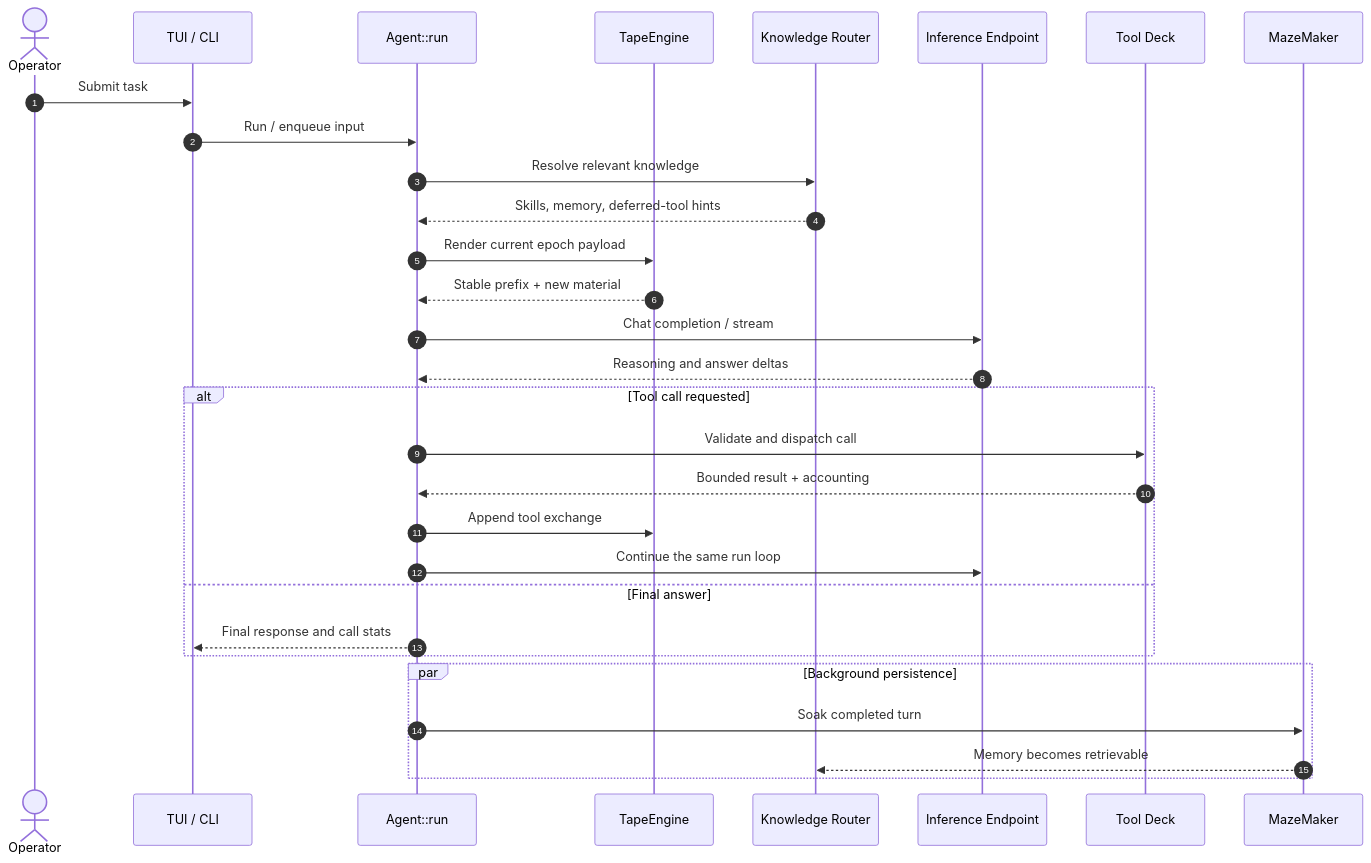
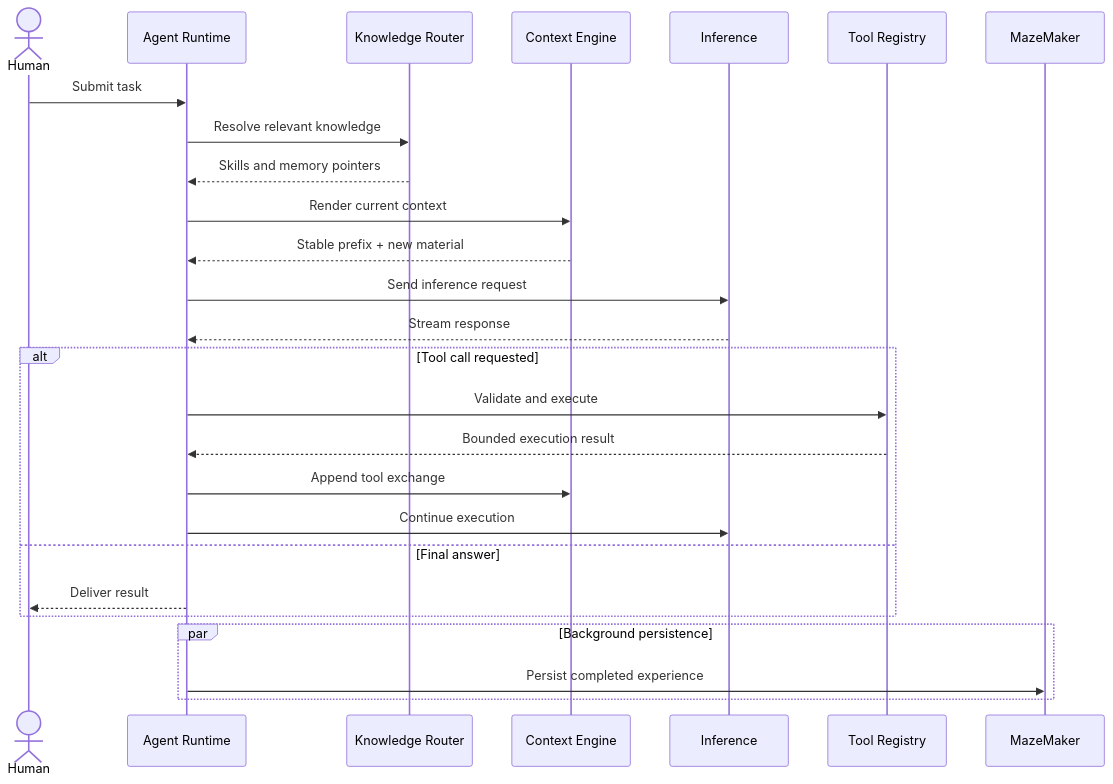
One commit to itsXactlY/ariadne changed the second of 6 diagrams in README.md. Above: the diagram before and after it, drawn with Mermaid. The commit also changed other lines of this file and 1 other file, not shown here.

````diff
--- a/README.md
+++ b/README.md
@@ -96,33 +108,33 @@
 ```mermaid
 sequenceDiagram
-    autonumber
-    actor Human as Operator
-    participant UI as TUI / CLI
-    participant Agent as Agent::run
-    participant Tape as TapeEngine
-    participant Router as Knowledge Router
-    participant LLM as Inference Endpoint
-    participant Tools as Tool Deck
-    participant Maze as MazeMaker
+    actor Human
+    participant Agent as Agent Runtime
+    participant Knowledge as Knowledge Router
+    participant Tape as Context Engine
+    participant LLM as Inference
+    participant Tools as Tool Registry
+    participant Memory as MazeMaker
 
-    Human->>UI: Submit task
-    UI->>Agent: Run / enqueue input
-    Agent->>Router: Resolve relevant knowledge
-    Router-->>Agent: Skills, memory, deferred-tool hints
-    Agent->>Tape: Render current epoch payload
+    Human->>Agent: Submit task
+    Agent->>Knowledge: Resolve relevant knowledge
+    Knowledge-->>Agent: Skills and memory pointers
+
+    Agent->>Tape: Render current context
     Tape-->>Agent: Stable prefix + new material
-    Agent->>LLM: Chat completion / stream
-    LLM-->>Agent: Reasoning and answer deltas
+
+    Agent->>LLM: Send inference request
+    LLM-->>Agent: Stream response
+
     alt Tool call requested
-        Agent->>Tools: Validate and dispatch call
-        Tools-->>Agent: Bounded result + accounting
+        Agent->>Tools: Validate and execute
+        Tools-->>Agent: Bounded execution result
         Agent->>Tape: Append tool exchange
-        Agent->>LLM: Continue the same run loop
+        Agent->>LLM: Continue execution
     else Final answer
-        Agent-->>UI: Final response and call stats
+        Agent-->>Human: Deliver result
     end
+
     par Background persistence
-        Agent->>Maze: Soak completed turn
-        Maze-->>Router: Memory becomes retrievable
+        Agent->>Memory: Persist completed experience
     end
 ```
````
